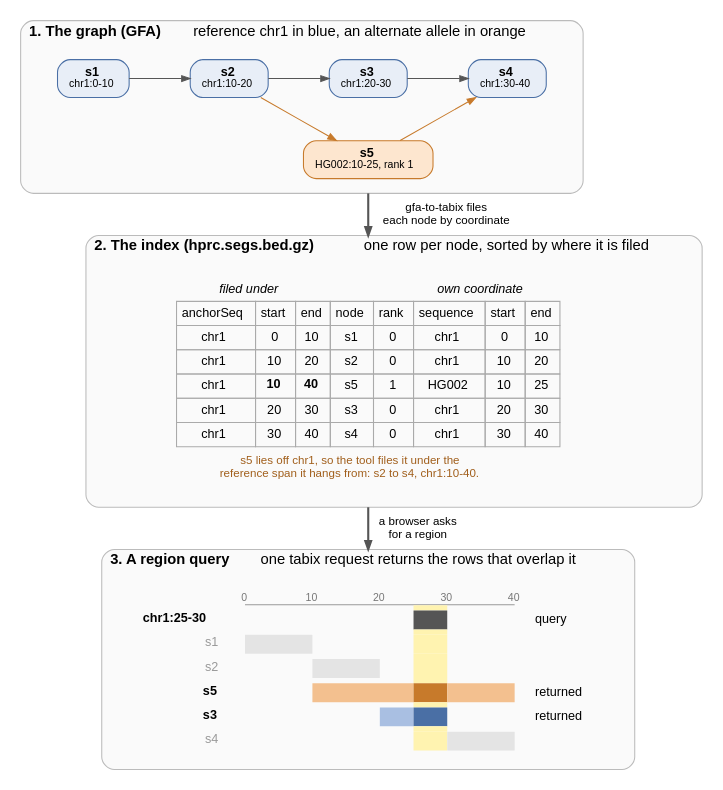
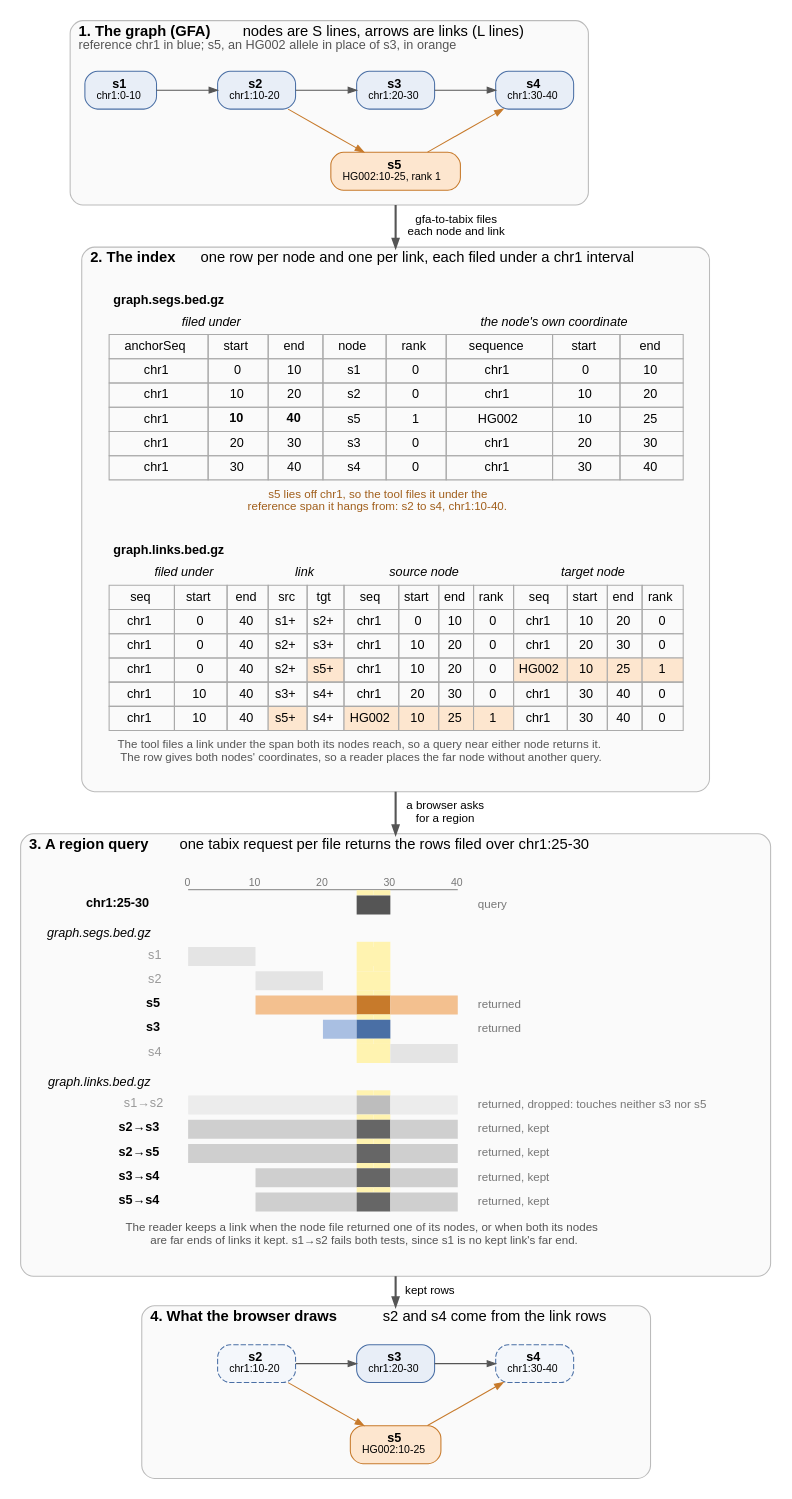
Before and after one commit to GMOD/gfa-to-tabix: the diagram in docs/overview.dot, drawn with Graphviz. The commit also changed 4 other files, not shown here.

```diff
--- a/docs/overview.dot
+++ b/docs/overview.dot
@@ -11,7 +11,7 @@
   edge [fontname="Helvetica", fontsize=11, color="#555555", arrowsize=0.8]
 
   subgraph cluster_graph {
-    label=<<B>1. The graph (GFA)</B>   reference chr1 in blue, an alternate allele in orange>
+    label=<<B>1. The graph (GFA)</B>   nodes are S lines, arrows are links (L lines)<BR ALIGN="LEFT"/><FONT POINT-SIZE="12" COLOR="#555555">reference chr1 in blue; s5, an HG002 allele in place of s3, in orange</FONT><BR ALIGN="LEFT"/>>
     labeljust=l
     fontsize=14
     color="#bbbbbb"
@@ -31,7 +31,7 @@
   }
 
   subgraph cluster_files {
-    label=<<B>2. The index (hprc.segs.bed.gz)</B>   one row per node, sorted by where it is filed>
+    label=<<B>2. The index</B>   one row per node and one per link, each filed under a chr1 interval>
     labeljust=l
     fontsize=14
     color="#bbbbbb"
@@ -39,8 +39,9 @@
     fillcolor="#fafafa"
     margin=14
     rows [shape=plaintext, style="", label=<
-      <TABLE BORDER="0" CELLBORDER="1" CELLSPACING="0" CELLPADDING="4" COLOR="#aaaaaa">
-        <TR><TD COLSPAN="3" BORDER="0"><I>filed under</I></TD><TD COLSPAN="2" BORDER="0"></TD><TD COLSPAN="3" BORDER="0"><I>own coordinate</I></TD></TR>
+      <TABLE BORDER="0" CELLBORDER="0" CELLSPACING="0" CELLPADDING="0"><TR><TD><TABLE BORDER="0" CELLBORDER="1" CELLSPACING="0" CELLPADDING="4" COLOR="#aaaaaa">
+        <TR><TD COLSPAN="8" BORDER="0" ALIGN="LEFT"><B>graph.segs.bed.gz</B></TD></TR>
+        <TR><TD COLSPAN="3" BORDER="0"><I>filed under</I></TD><TD COLSPAN="2" BORDER="0"></TD><TD COLSPAN="3" BORDER="0"><I>the node's own coordinate</I></TD></TR>
         <TR BGCOLOR="#dddddd"><TD>anchorSeq</TD><TD>start</TD><TD>end</TD><TD>node</TD><TD>rank</TD><TD>sequence</TD><TD>start</TD><TD>end</TD></TR>
         <TR BGCOLOR="#e8eef7"><TD>chr1</TD><TD>0</TD><TD>10</TD><TD>s1</TD><TD>0</TD><TD>chr1</TD><TD>0</TD><TD>10</TD></TR>
         <TR BGCOLOR="#e8eef7"><TD>chr1</TD><TD>10</TD><TD>20</TD><TD>s2</TD><TD>0</TD><TD>chr1</TD><TD>10</TD><TD>20</TD></TR>
@@ -48,11 +49,23 @@
         <TR BGCOLOR="#e8eef7"><TD>chr1</TD><TD>20</TD><TD>30</TD><TD>s3</TD><TD>0</TD><TD>chr1</TD><TD>20</TD><TD>30</TD></TR>
         <TR BGCOLOR="#e8eef7"><TD>chr1</TD><TD>30</TD><TD>40</TD><TD>s4</TD><TD>0</TD><TD>chr1</TD><TD>30</TD><TD>40</TD></TR>
         <TR><TD COLSPAN="8" BORDER="0" CELLPADDING="8"><FONT POINT-SIZE="11" COLOR="#a15f1c">s5 lies off chr1, so the tool files it under the<BR/>reference span it hangs from: s2 to s4, chr1:10-40.</FONT></TD></TR>
-      </TABLE>>]
+      </TABLE></TD></TR>
+      <TR><TD HEIGHT="18"></TD></TR>
+      <TR><TD><TABLE BORDER="0" CELLBORDER="1" CELLSPACING="0" CELLPADDING="4" COLOR="#aaaaaa">
+        <TR><TD COLSPAN="13" BORDER="0" ALIGN="LEFT"><B>graph.links.bed.gz</B></TD></TR>
+        <TR><TD COLSPAN="3" BORDER="0"><I>filed under</I></TD><TD COLSPAN="2" BORDER="0"><I>link</I></TD><TD COLSPAN="4" BORDER="0"><I>source node</I></TD><TD COLSPAN="4" BORDER="0"><I>target node</I></TD></TR>
+        <TR BGCOLOR="#dddddd"><TD>seq</TD><TD>start</TD><TD>end</TD><TD>src</TD><TD>tgt</TD><TD>seq</TD><TD>start</TD><TD>end</TD><TD>rank</TD><TD>seq</TD><TD>start</TD><TD>end</TD><TD>rank</TD></TR>
+        <TR BGCOLOR="#f2f2f2"><TD>chr1</TD><TD>0</TD><TD>40</TD><TD>s1+</TD><TD>s2+</TD><TD>chr1</TD><TD>0</TD><TD>10</TD><TD>0</TD><TD>chr1</TD><TD>10</TD><TD>20</TD><TD>0</TD></TR>
+        <TR BGCOLOR="#f2f2f2"><TD>chr1</TD><TD>0</TD><TD>40</TD><TD>s2+</TD><TD>s3+</TD><TD>chr1</TD><TD>10</TD><TD>20</TD><TD>0</TD><TD>chr1</TD><TD>20</TD><TD>30</TD><TD>0</TD></TR>
+        <TR BGCOLOR="#f2f2f2"><TD>chr1</TD><TD>0</TD><TD>40</TD><TD>s2+</TD><TD BGCOLOR="#fde6cf">s5+</TD><TD>chr1</TD><TD>10</TD><TD>20</TD><TD>0</TD><TD BGCOLOR="#fde6cf">HG002</TD><TD BGCOLOR="#fde6cf">10</TD><TD BGCOLOR="#fde6cf">25</TD><TD BGCOLOR="#fde6cf">1</TD></TR>
+        <TR BGCOLOR="#f2f2f2"><TD>chr1</TD><TD>10</TD><TD>40</TD><TD>s3+</TD><TD>s4+</TD><TD>chr1</TD><TD>20</TD><TD>30</TD><TD>0</TD><TD>chr1</TD><TD>30</TD><TD>40</TD><TD>0</TD></TR>
+        <TR BGCOLOR="#f2f2f2"><TD>chr1</TD><TD>10</TD><TD>40</TD><TD BGCOLOR="#fde6cf">s5+</TD><TD>s4+</TD><TD BGCOLOR="#fde6cf">HG002</TD><TD BGCOLOR="#fde6cf">10</TD><TD BGCOLOR="#fde6cf">25</TD><TD BGCOLOR="#fde6cf">1</TD><TD>chr1</TD><TD>30</TD><TD>40</TD><TD>0</TD></TR>
+        <TR><TD COLSPAN="13" BORDER="0" CELLPADDING="8"><FONT POINT-SIZE="11" COLOR="#555555">The tool files a link under the span both its nodes reach, so a query near either node returns it.<BR/>The row gives both nodes' coordinates, so a reader places the far node without another query.</FONT></TD></TR>
+      </TABLE></TD></TR></TABLE>>]
   }
 
   subgraph cluster_query {
-    label=<<B>3. A region query</B>   one tabix request returns the rows that overlap it>
+    label=<<B>3. A region query</B>   one tabix request per file returns the rows filed over chr1:25-30>
     labeljust=l
     fontsize=14
     color="#bbbbbb"
@@ -61,24 +74,57 @@
     margin=14
     hits [shape=plaintext, style="", label=<
       <TABLE BORDER="0" CELLBORDER="0" CELLSPACING="0" CELLPADDING="0">
-        <TR><TD></TD><TD WIDTH="16"></TD><TD WIDTH="16"></TD><TD WIDTH="16"></TD><TD WIDTH="16"></TD><TD WIDTH="16"></TD><TD WIDTH="16"></TD><TD WIDTH="16"></TD><TD WIDTH="16"></TD><TD WIDTH="16"></TD><TD WIDTH="16"></TD><TD WIDTH="16"></TD><TD WIDTH="16"></TD><TD WIDTH="16"></TD><TD WIDTH="16"></TD><TD WIDTH="16"></TD><TD WIDTH="16"></TD><TD WIDTH="16"></TD><TD WIDTH="16"></TD><TD></TD></TR>
-        <TR><TD></TD><TD COLSPAN="2"><FONT POINT-SIZE="10" COLOR="#777777">0</FONT></TD><TD COLSPAN="2"></TD><TD COLSPAN="2"><FONT POINT-SIZE="10" COLOR="#777777">10</FONT></TD><TD COLSPAN="2"></TD><TD COLSPAN="2"><FONT POINT-SIZE="10" COLOR="#777777">20</FONT></TD><TD COLSPAN="2"></TD><TD COLSPAN="2"><FONT POINT-SIZE="10" COLOR="#777777">30</FONT></TD><TD COLSPAN="2"></TD><TD COLSPAN="2"><FONT POINT-SIZE="10" COLOR="#777777">40</FONT></TD><TD></TD></TR>
-        <TR><TD HEIGHT="1"></TD><TD></TD><TD COLSPAN="16" BGCOLOR="#999999"></TD><TD></TD><TD></TD></TR>
-        <TR><TD HEIGHT="5"></TD><TD></TD><TD COLSPAN="10"></TD><TD COLSPAN="2" BGCOLOR="#fff3b0"></TD><TD COLSPAN="4"></TD><TD></TD><TD></TD></TR>
-        <TR><TD ALIGN="RIGHT" HEIGHT="18"><B>chr1:25-30</B>  </TD><TD></TD><TD COLSPAN="10"></TD><TD COLSPAN="2" BGCOLOR="#555555"></TD><TD COLSPAN="4"></TD><TD></TD><TD ALIGN="LEFT">  query</TD></TR>
-        <TR><TD HEIGHT="5"></TD><TD></TD><TD COLSPAN="10"></TD><TD COLSPAN="2" BGCOLOR="#fff3b0"></TD><TD COLSPAN="4"></TD><TD></TD><TD></TD></TR>
-        <TR><TD ALIGN="RIGHT" HEIGHT="18"><FONT COLOR="#999999">s1</FONT>  </TD><TD></TD><TD COLSPAN="4" BGCOLOR="#e4e4e4"></TD><TD COLSPAN="6"></TD><TD COLSPAN="2" BGCOLOR="#fff3b0"></TD><TD COLSPAN="4"></TD><TD></TD><TD ALIGN="LEFT"></TD></TR>
-        <TR><TD HEIGHT="5"></TD><TD></TD><TD COLSPAN="10"></TD><TD COLSPAN="2" BGCOLOR="#fff3b0"></TD><TD COLSPAN="4"></TD><TD></TD><TD></TD></TR>
-        <TR><TD ALIGN="RIGHT" HEIGHT="18"><FONT COLOR="#999999">s2</FONT>  </TD><TD></TD><TD COLSPAN="4"></TD><TD COLSPAN="4" BGCOLOR="#e4e4e4"></TD><TD COLSPAN="2"></TD><TD COLSPAN="2" BGCOLOR="#fff3b0"></TD><TD COLSPAN="4"></TD><TD></TD><TD ALIGN="LEFT"></TD></TR>
-        <TR><TD HEIGHT="5"></TD><TD></TD><TD COLSPAN="10"></TD><TD COLSPAN="2" BGCOLOR="#fff3b0"></TD><TD COLSPAN="4"></TD><TD></TD><TD></TD></TR>
-        <TR><TD ALIGN="RIGHT" HEIGHT="18"><B>s5</B>  </TD><TD></TD><TD COLSPAN="4"></TD><TD COLSPAN="6" BGCOLOR="#f3c08f"></TD><TD COLSPAN="2" BGCOLOR="#c77a2b"></TD><TD COLSPAN="4" BGCOLOR="#f3c08f"></TD><TD></TD><TD ALIGN="LEFT">  returned</TD></TR>
-        <TR><TD HEIGHT="5"></TD><TD></TD><TD COLSPAN="10"></TD><TD COLSPAN="2" BGCOLOR="#fff3b0"></TD><TD COLSPAN="4"></TD><TD></TD><TD></TD></TR>
-        <TR><TD ALIGN="RIGHT" HEIGHT="18"><B>s3</B>  </TD><TD></TD><TD COLSPAN="8"></TD><TD COLSPAN="2" BGCOLOR="#a9bfe2"></TD><TD COLSPAN="2" BGCOLOR="#4a6fa5"></TD><TD COLSPAN="4"></TD><TD></TD><TD ALIGN="LEFT">  returned</TD></TR>
-        <TR><TD HEIGHT="5"></TD><TD></TD><TD COLSPAN="10"></TD><TD COLSPAN="2" BGCOLOR="#fff3b0"></TD><TD COLSPAN="4"></TD><TD></TD><TD></TD></TR>
-        <TR><TD ALIGN="RIGHT" HEIGHT="18"><FONT COLOR="#999999">s4</FONT>  </TD><TD></TD><TD COLSPAN="10"></TD><TD COLSPAN="2" BGCOLOR="#fff3b0"></TD><TD COLSPAN="4" BGCOLOR="#e4e4e4"></TD><TD></TD><TD ALIGN="LEFT"></TD></TR>
+<TR><TD></TD><TD WIDTH="16"></TD><TD WIDTH="16"></TD><TD WIDTH="16"></TD><TD WIDTH="16"></TD><TD WIDTH="16"></TD><TD WIDTH="16"></TD><TD WIDTH="16"></TD><TD WIDTH="16"></TD><TD WIDTH="16"></TD><TD WIDTH="16"></TD><TD WIDTH="16"></TD><TD WIDTH="16"></TD><TD WIDTH="16"></TD><TD WIDTH="16"></TD><TD WIDTH="16"></TD><TD WIDTH="16"></TD><TD WIDTH="16"></TD><TD WIDTH="16"></TD><TD></TD></TR>
+<TR><TD></TD><TD COLSPAN="2"><FONT POINT-SIZE="10" COLOR="#777777">0</FONT></TD><TD COLSPAN="2"></TD><TD COLSPAN="2"><FONT POINT-SIZE="10" COLOR="#777777">10</FONT></TD><TD COLSPAN="2"></TD><TD COLSPAN="2"><FONT POINT-SIZE="10" COLOR="#777777">20</FONT></TD><TD COLSPAN="2"></TD><TD COLSPAN="2"><FONT POINT-SIZE="10" COLOR="#777777">30</FONT></TD><TD COLSPAN="2"></TD><TD COLSPAN="2"><FONT POINT-SIZE="10" COLOR="#777777">40</FONT></TD><TD></TD></TR>
+<TR><TD HEIGHT="1"></TD><TD></TD><TD COLSPAN="16" BGCOLOR="#999999"></TD><TD></TD><TD></TD></TR>
+<TR><TD HEIGHT="5"></TD><TD></TD><TD></TD><TD></TD><TD></TD><TD></TD><TD></TD><TD></TD><TD></TD><TD></TD><TD></TD><TD></TD><TD BGCOLOR="#fff3b0"></TD><TD BGCOLOR="#fff3b0"></TD><TD></TD><TD></TD><TD></TD><TD></TD><TD></TD><TD></TD></TR>
+<TR><TD ALIGN="RIGHT" HEIGHT="18"><B>chr1:25-30</B>  </TD><TD></TD><TD COLSPAN="10"></TD><TD COLSPAN="2" BGCOLOR="#555555"></TD><TD COLSPAN="4"></TD><TD></TD><TD ALIGN="LEFT"><FONT POINT-SIZE="11" COLOR="#777777">  query</FONT></TD></TR>
+<TR><TD ALIGN="RIGHT" HEIGHT="26" VALIGN="BOTTOM"><I>graph.segs.bed.gz</I>  </TD><TD COLSPAN="19"></TD></TR>
+<TR><TD HEIGHT="5"></TD><TD></TD><TD></TD><TD></TD><TD></TD><TD></TD><TD></TD><TD></TD><TD></TD><TD></TD><TD></TD><TD></TD><TD BGCOLOR="#fff3b0"></TD><TD BGCOLOR="#fff3b0"></TD><TD></TD><TD></TD><TD></TD><TD></TD><TD></TD><TD></TD></TR>
+<TR><TD ALIGN="RIGHT" HEIGHT="18"><FONT COLOR="#999999">s1</FONT>  </TD><TD></TD><TD COLSPAN="4" BGCOLOR="#e4e4e4"></TD><TD COLSPAN="6"></TD><TD COLSPAN="2" BGCOLOR="#fff3b0"></TD><TD COLSPAN="4"></TD><TD></TD><TD ALIGN="LEFT"></TD></TR>
+<TR><TD HEIGHT="5"></TD><TD></TD><TD></TD><TD></TD><TD></TD><TD></TD><TD></TD><TD></TD><TD></TD><TD></TD><TD></TD><TD></TD><TD BGCOLOR="#fff3b0"></TD><TD BGCOLOR="#fff3b0"></TD><TD></TD><TD></TD><TD></TD><TD></TD><TD></TD><TD></TD></TR>
+<TR><TD ALIGN="RIGHT" HEIGHT="18"><FONT COLOR="#999999">s2</FONT>  </TD><TD></TD><TD COLSPAN="4"></TD><TD COLSPAN="4" BGCOLOR="#e4e4e4"></TD><TD COLSPAN="2"></TD><TD COLSPAN="2" BGCOLOR="#fff3b0"></TD><TD COLSPAN="4"></TD><TD></TD><TD ALIGN="LEFT"></TD></TR>
+<TR><TD HEIGHT="5"></TD><TD></TD><TD></TD><TD></TD><TD></TD><TD></TD><TD></TD><TD></TD><TD></TD><TD></TD><TD></TD><TD></TD><TD BGCOLOR="#fff3b0"></TD><TD BGCOLOR="#fff3b0"></TD><TD></TD><TD></TD><TD></TD><TD></TD><TD></TD><TD></TD></TR>
+<TR><TD ALIGN="RIGHT" HEIGHT="18"><B>s5</B>  </TD><TD></TD><TD COLSPAN="4"></TD><TD COLSPAN="6" BGCOLOR="#f3c08f"></TD><TD COLSPAN="2" BGCOLOR="#c77a2b"></TD><TD COLSPAN="4" BGCOLOR="#f3c08f"></TD><TD></TD><TD ALIGN="LEFT"><FONT POINT-SIZE="11" COLOR="#777777">  returned</FONT></TD></TR>
+<TR><TD HEIGHT="5"></TD><TD></TD><TD></TD><TD></TD><TD></TD><TD></TD><TD></TD><TD></TD><TD></TD><TD></TD><TD></TD><TD></TD><TD BGCOLOR="#fff3b0"></TD><TD BGCOLOR="#fff3b0"></TD><TD></TD><TD></TD><TD></TD><TD></TD><TD></TD><TD></TD></TR>
+<TR><TD ALIGN="RIGHT" HEIGHT="18"><B>s3</B>  </TD><TD></TD><TD COLSPAN="8"></TD><TD COLSPAN="2" BGCOLOR="#a9bfe2"></TD><TD COLSPAN="2" BGCOLOR="#4a6fa5"></TD><TD COLSPAN="4"></TD><TD></TD><TD ALIGN="LEFT"><FONT POINT-SIZE="11" COLOR="#777777">  returned</FONT></TD></TR>
+<TR><TD HEIGHT="5"></TD><TD></TD><TD></TD><TD></TD><TD></TD><TD></TD><TD></TD><TD></TD><TD></TD><TD></TD><TD></TD><TD></TD><TD BGCOLOR="#fff3b0"></TD><TD BGCOLOR="#fff3b0"></TD><TD></TD><TD></TD><TD></TD><TD></TD><TD></TD><TD></TD></TR>
+<TR><TD ALIGN="RIGHT" HEIGHT="18"><FONT COLOR="#999999">s4</FONT>  </TD><TD></TD><TD COLSPAN="10"></TD><TD COLSPAN="2" BGCOLOR="#fff3b0"></TD><TD COLSPAN="4" BGCOLOR="#e4e4e4"></TD><TD></TD><TD ALIGN="LEFT"></TD></TR>
+<TR><TD ALIGN="RIGHT" HEIGHT="26" VALIGN="BOTTOM"><I>graph.links.bed.gz</I>  </TD><TD COLSPAN="19"></TD></TR>
+<TR><TD HEIGHT="5"></TD><TD></TD><TD></TD><TD></TD><TD></TD><TD></TD><TD></TD><TD></TD><TD></TD><TD></TD><TD></TD><TD></TD><TD BGCOLOR="#fff3b0"></TD><TD BGCOLOR="#fff3b0"></TD><TD></TD><TD></TD><TD></TD><TD></TD><TD></TD><TD></TD></TR>
+<TR><TD ALIGN="RIGHT" HEIGHT="18"><FONT COLOR="#999999">s1→s2</FONT>  </TD><TD></TD><TD COLSPAN="10" BGCOLOR="#ececec"></TD><TD COLSPAN="2" BGCOLOR="#bdbdbd"></TD><TD COLSPAN="4" BGCOLOR="#ececec"></TD><TD></TD><TD ALIGN="LEFT"><FONT POINT-SIZE="11" COLOR="#777777">  returned, dropped: touches neither s3 nor s5</FONT></TD></TR>
+<TR><TD HEIGHT="5"></TD><TD></TD><TD></TD><TD></TD><TD></TD><TD></TD><TD></TD><TD></TD><TD></TD><TD></TD><TD></TD><TD></TD><TD BGCOLOR="#fff3b0"></TD><TD BGCOLOR="#fff3b0"></TD><TD></TD><TD></TD><TD></TD><TD></TD><TD></TD><TD></TD></TR>
+<TR><TD ALIGN="RIGHT" HEIGHT="18"><B>s2→s3</B>  </TD><TD></TD><TD COLSPAN="10" BGCOLOR="#cfcfcf"></TD><TD COLSPAN="2" BGCOLOR="#666666"></TD><TD COLSPAN="4" BGCOLOR="#cfcfcf"></TD><TD></TD><TD ALIGN="LEFT"><FONT POINT-SIZE="11" COLOR="#777777">  returned, kept</FONT></TD></TR>
+<TR><TD HEIGHT="5"></TD><TD></TD><TD></TD><TD></TD><TD></TD><TD></TD><TD></TD><TD></TD><TD></TD><TD></TD><TD></TD><TD></TD><TD BGCOLOR="#fff3b0"></TD><TD BGCOLOR="#fff3b0"></TD><TD></TD><TD></TD><TD></TD><TD></TD><TD></TD><TD></TD></TR>
+<TR><TD ALIGN="RIGHT" HEIGHT="18"><B>s2→s5</B>  </TD><TD></TD><TD COLSPAN="10" BGCOLOR="#cfcfcf"></TD><TD COLSPAN="2" BGCOLOR="#666666"></TD><TD COLSPAN="4" BGCOLOR="#cfcfcf"></TD><TD></TD><TD ALIGN="LEFT"><FONT POINT-SIZE="11" COLOR="#777777">  returned, kept</FONT></TD></TR>
+<TR><TD HEIGHT="5"></TD><TD></TD><TD></TD><TD></TD><TD></TD><TD></TD><TD></TD><TD></TD><TD></TD><TD></TD><TD></TD><TD></TD><TD BGCOLOR="#fff3b0"></TD><TD BGCOLOR="#fff3b0"></TD><TD></TD><TD></TD><TD></TD><TD></TD><TD></TD><TD></TD></TR>
+<TR><TD ALIGN="RIGHT" HEIGHT="18"><B>s3→s4</B>  </TD><TD></TD><TD COLSPAN="4"></TD><TD COLSPAN="6" BGCOLOR="#cfcfcf"></TD><TD COLSPAN="2" BGCOLOR="#666666"></TD><TD COLSPAN="4" BGCOLOR="#cfcfcf"></TD><TD></TD><TD ALIGN="LEFT"><FONT POINT-SIZE="11" COLOR="#777777">  returned, kept</FONT></TD></TR>
+<TR><TD HEIGHT="5"></TD><TD></TD><TD></TD><TD></TD><TD></TD><TD></TD><TD></TD><TD></TD><TD></TD><TD></TD><TD></TD><TD></TD><TD BGCOLOR="#fff3b0"></TD><TD BGCOLOR="#fff3b0"></TD><TD></TD><TD></TD><TD></TD><TD></TD><TD></TD><TD></TD></TR>
+<TR><TD ALIGN="RIGHT" HEIGHT="18"><B>s5→s4</B>  </TD><TD></TD><TD COLSPAN="4"></TD><TD COLSPAN="6" BGCOLOR="#cfcfcf"></TD><TD COLSPAN="2" BGCOLOR="#666666"></TD><TD COLSPAN="4" BGCOLOR="#cfcfcf"></TD><TD></TD><TD ALIGN="LEFT"><FONT POINT-SIZE="11" COLOR="#777777">  returned, kept</FONT></TD></TR>
+        <TR><TD COLSPAN="20" BORDER="0" CELLPADDING="10"><FONT POINT-SIZE="11" COLOR="#555555">The reader keeps a link when the node file returned one of its nodes, or when both its nodes<BR/>are far ends of links it kept. s1→s2 fails both tests, since s1 is no kept link's far end.</FONT></TD></TR>
       </TABLE>>]
   }
 
-  s5 -> rows [ltail=cluster_graph, lhead=cluster_files, label="  gfa-to-tabix files\n  each node by coordinate", penwidth=2]
+  subgraph cluster_drawn {
+    label=<<B>4. What the browser draws</B>   s2 and s4 come from the link rows>
+    labeljust=l
+    fontsize=14
+    color="#bbbbbb"
+    style="rounded,filled"
+    fillcolor="#fafafa"
+    margin=14
+    d2 [label=<<B>s2</B><BR/><FONT POINT-SIZE="10">chr1:10-20</FONT>>, style="dashed,rounded,filled", fillcolor="#f4f7fb"]
+    d3 [label=<<B>s3</B><BR/><FONT POINT-SIZE="10">chr1:20-30</FONT>>]
+    d4 [label=<<B>s4</B><BR/><FONT POINT-SIZE="10">chr1:30-40</FONT>>, style="dashed,rounded,filled", fillcolor="#f4f7fb"]
+    d5 [label=<<B>s5</B><BR/><FONT POINT-SIZE="10">HG002:10-25</FONT>>, fillcolor="#fde6cf", color="#c77a2b"]
+    {rank=same; d2; d3; d4}
+    d2 -> d3 -> d4 [weight=20]
+    d3 -> d5 [style=invis, weight=20]
+    d2 -> d5 [color="#c77a2b", weight=0]
+    d5 -> d4 [color="#c77a2b", weight=0]
+  }
+
+  s5 -> rows [ltail=cluster_graph, lhead=cluster_files, label="  gfa-to-tabix files\n  each node and link", penwidth=2]
   rows -> hits [ltail=cluster_files, lhead=cluster_query, label="  a browser asks\n  for a region", penwidth=2]
+  hits -> d3 [ltail=cluster_query, lhead=cluster_drawn, label="  kept rows", penwidth=2]
 }
```
